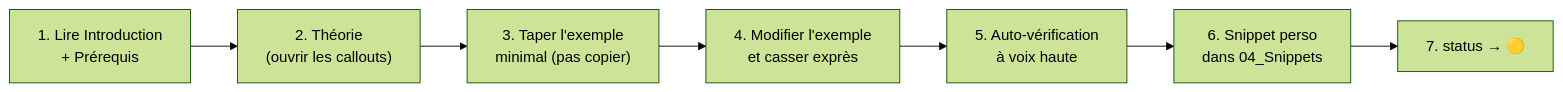
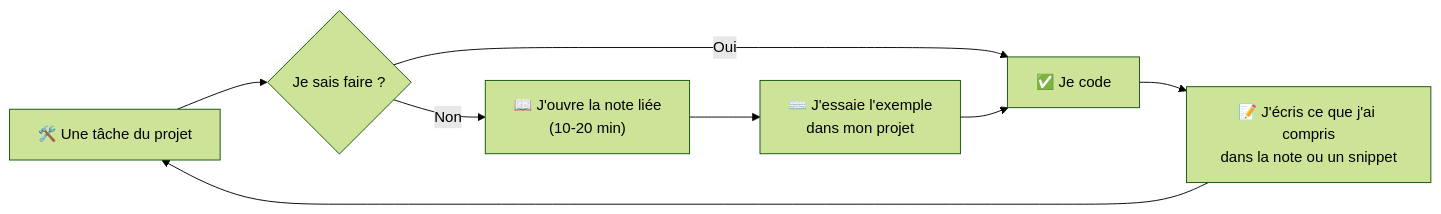
The diagram in 00-Accueil/Methode-d-apprentissage.md (galsen-76/Informatique-), drawn with Mermaid (forest theme) before and after one commit. The commit also changed other lines of this file and 43 other files, not shown here.

````diff
--- a/00-Accueil/Methode-d-apprentissage.md
+++ b/00-Accueil/Methode-d-apprentissage.md
@@ -18,9 +18,10 @@
 ```mermaid
 flowchart LR
-  A["1. Lire Introduction<br/>+ Prérequis"] --> B["2. Théorie<br/>(ouvrir les callouts)"]
-  B --> C["3. Taper l'exemple<br/>minimal (pas copier)"]
-  C --> D["4. Modifier l'exemple<br/>et casser exprès"]
-  D --> E["5. Auto-vérification<br/>à voix haute"]
-  E --> F["6. Snippet perso<br/>dans 04_Snippets"]
-  F --> G["7. status → 🟡"]
+  A["🛠️ Une tâche du projet"] --> B{"Je sais faire ?"}
+  B -- Oui --> E["✅ Je code"]
+  B -- Non --> C["📖 J'ouvre la note liée<br/>(10-20 min)"]
+  C --> D["⌨️ J'essaie l'exemple<br/>dans mon projet"]
+  D --> E
+  E --> F["📝 J'écris ce que j'ai compris<br/>dans la note ou un snippet"]
+  F --> A
 ```
````
